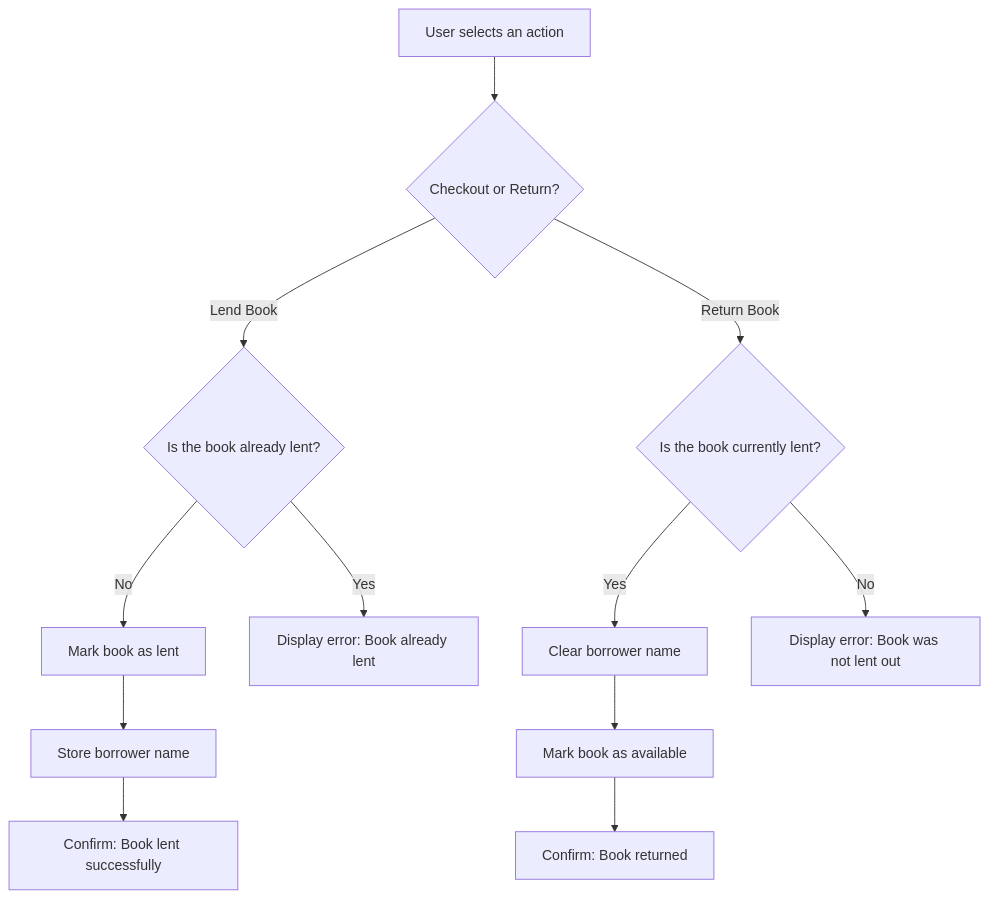
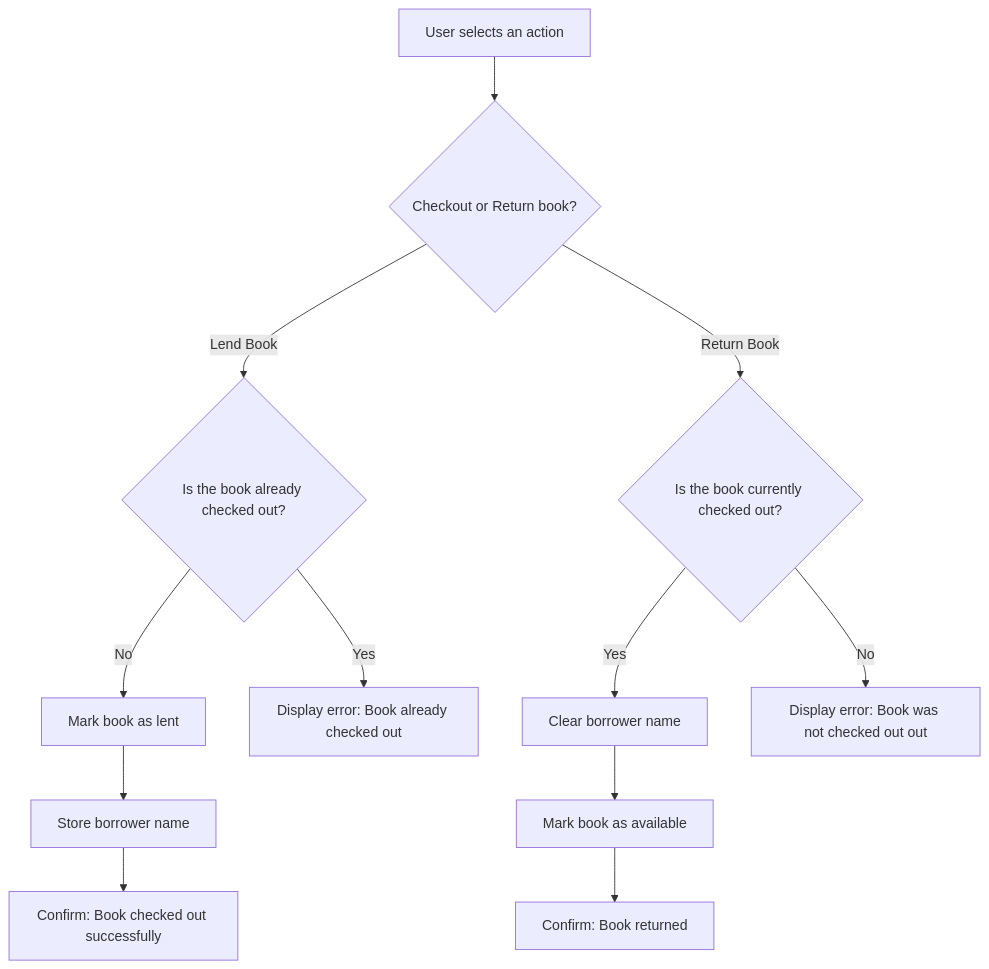
One commit to melanielaporte/Retro-Media-Emporium changed the diagram in README.md. Above: the diagram before and after it, drawn with Mermaid.

````diff
--- a/README.md
+++ b/README.md
@@ -50,21 +50,21 @@
 ```mermaid
 flowchart TD
 
-    A[User selects an action] --> B{Checkout or Return?}
+    A[User selects an action] --> B{Checkout or Return book?}
 
     %% LEND FLOW
-    B -->|Lend Book| C{Is the book already lent?}
+    B -->|Lend Book| C{Is the book already checked out?}
     C -->|No| D[Mark book as lent]
     D --> E[Store borrower name]
-    E --> F[Confirm: Book lent successfully]
+    E --> F[Confirm: Book checked out successfully]
 
-    C -->|Yes| G[Display error: Book already lent]
+    C -->|Yes| G[Display error: Book already checked out]
 
     %% RETURN FLOW
-    B -->|Return Book| H{Is the book currently lent?}
+    B -->|Return Book| H{Is the book currently checked out?}
     H -->|Yes| I[Clear borrower name]
     I --> J[Mark book as available]
     J --> K[Confirm: Book returned]
 
-    H -->|No| L[Display error: Book was not lent out]
+    H -->|No| L[Display error: Book was not checked out out]
 ```
````
